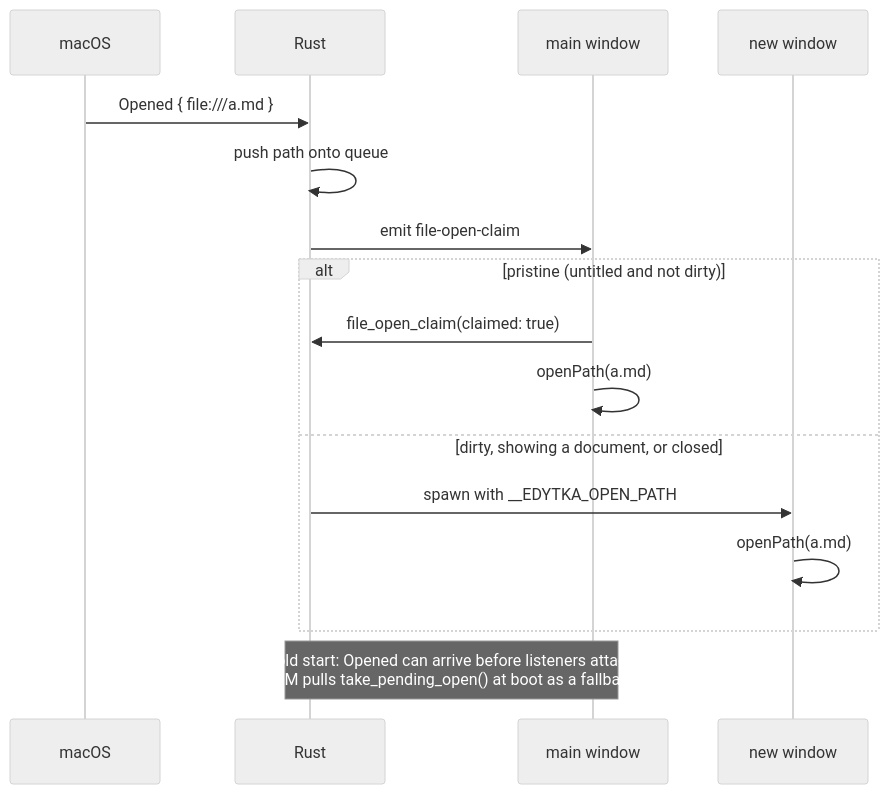
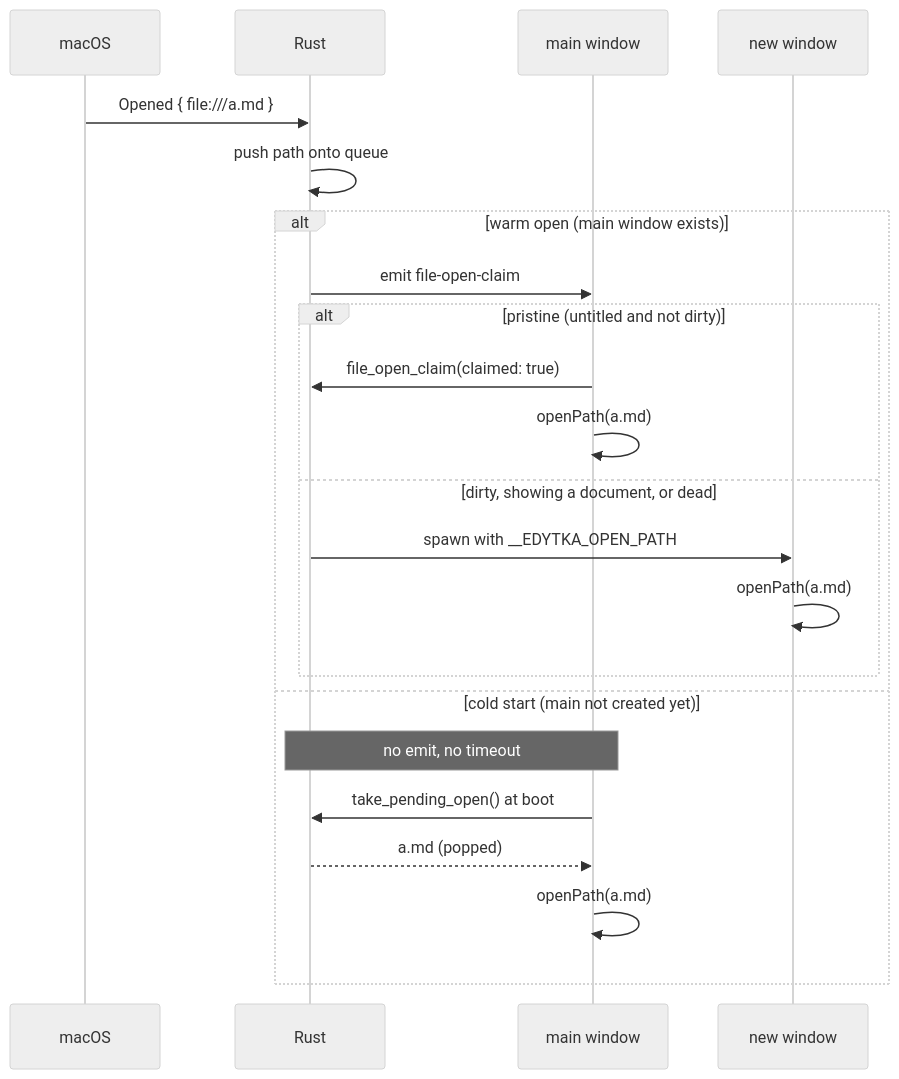
Before and after one commit to karczews/Edytka: the second of 4 diagrams in openspec/changes/add-file-open/design.md, drawn with Mermaid (neutral theme). The commit also changed other lines of this file and 3 other files, not shown here.

````diff
--- a/openspec/changes/add-file-open/design.md
+++ b/openspec/changes/add-file-open/design.md
@@ -55,19 +57,25 @@
 ```mermaid
 sequenceDiagram
   participant OS as macOS
   participant R as Rust
   participant M as main window
   participant W as new window
 
   OS->>R: Opened { file:///a.md }
   R->>R: push path onto queue
-  R->>M: emit file-open-claim
-  alt pristine (untitled and not dirty)
-    M->>R: file_open_claim(claimed: true)
+  alt warm open (main window exists)
+    R->>M: emit file-open-claim
+    alt pristine (untitled and not dirty)
+      M->>R: file_open_claim(claimed: true)
+      M->>M: openPath(a.md)
+    else dirty, showing a document, or dead
+      R->>W: spawn with __EDYTKA_OPEN_PATH
+      W->>W: openPath(a.md)
+    end
+  else cold start (main not created yet)
+    Note over R,M: no emit, no timeout
+    M->>R: take_pending_open() at boot
+    R-->>M: a.md (popped)
     M->>M: openPath(a.md)
-  else dirty, showing a document, or closed
-    R->>W: spawn with __EDYTKA_OPEN_PATH
-    W->>W: openPath(a.md)
   end
-  Note over R,M: Cold start: Opened can arrive before listeners attach,<br/>so M pulls take_pending_open() at boot as a fallback.
 ```
````
